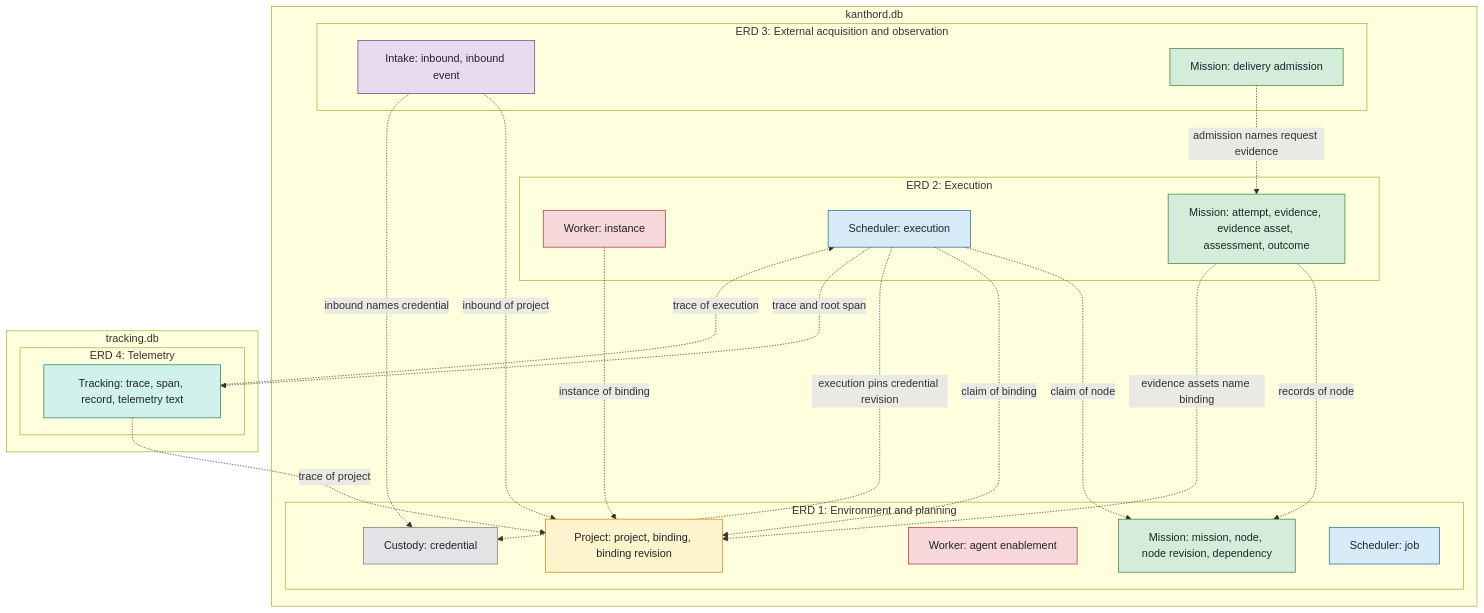
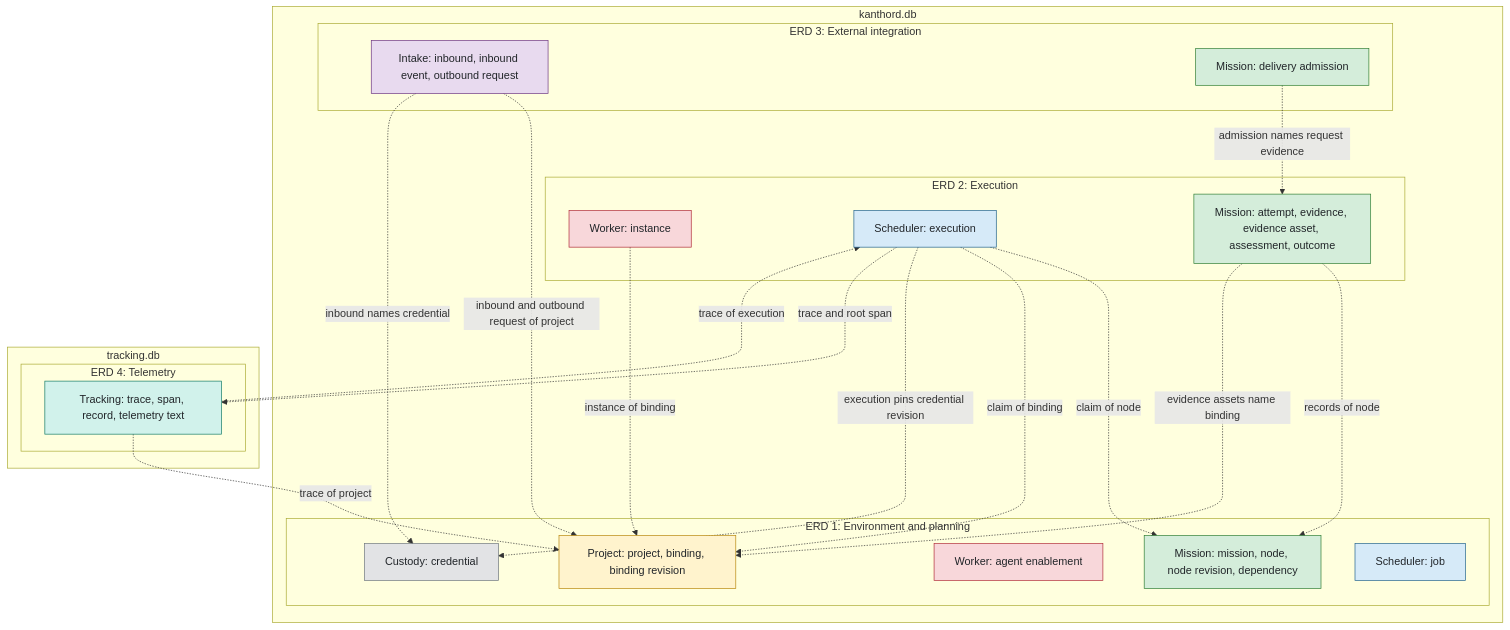
Before and after one commit to kanthorlabs/kanthord: the diagram in docs/reference/erd/README.md, drawn with Mermaid. The commit also changed other lines of this file and 2 other files, not shown here.

Commit message:
docs(erd): add outbound requests to ERD 3 and rename it External integration

````diff
--- a/docs/reference/erd/README.md
+++ b/docs/reference/erd/README.md
@@ -32,57 +32,57 @@
 ```mermaid
 flowchart TB
     subgraph db1["kanthord.db"]
         subgraph v1["ERD 1: Environment and planning"]
             c1["Custody: credential"]
             p1["Project: project, binding, binding revision"]
             w1["Worker: agent enablement"]
             m1["Mission: mission, node, node revision, dependency"]
             s1["Scheduler: job"]
         end
         subgraph v2["ERD 2: Execution"]
             w2["Worker: instance"]
             s2["Scheduler: execution"]
             m2["Mission: attempt, evidence, evidence asset, assessment, outcome"]
         end
-        subgraph v3["ERD 3: External acquisition and observation"]
-            i3["Intake: inbound, inbound event"]
+        subgraph v3["ERD 3: External integration"]
+            i3["Intake: inbound, inbound event, outbound request"]
             m3["Mission: delivery admission"]
         end
     end
     subgraph db2["tracking.db"]
         subgraph v4["ERD 4: Telemetry"]
             t4["Tracking: trace, span, record, telemetry text"]
         end
     end
 
     w2 -.->|instance of binding| p1
     s2 -.->|claim of node| m1
     s2 -.->|claim of binding| p1
     s2 -.->|execution pins credential revision| c1
     m2 -.->|records of node| m1
     m2 -.->|evidence assets name binding| p1
 
-    i3 -.->|inbound of project| p1
+    i3 -.->|inbound and outbound request of project| p1
     i3 -.->|inbound names credential| c1
     m3 -.->|admission names request evidence| m2
 
     t4 -.->|trace of execution| s2
     s2 -.->|trace and root span| t4
     t4 -.->|trace of project| p1
 
     classDef custody fill:#e2e3e5,stroke:#6c757d,color:#212529
     classDef project fill:#fff3cd,stroke:#b8860b,color:#212529
     classDef worker fill:#f8d7da,stroke:#b02a37,color:#212529
     classDef mission fill:#d4edda,stroke:#2e7d32,color:#212529
     classDef scheduler fill:#d6eaf8,stroke:#1f618d,color:#212529
     classDef intake fill:#e8daef,stroke:#6c3483,color:#212529
     classDef tracking fill:#d1f2eb,stroke:#117a65,color:#212529
 
     class c1 custody
     class p1 project
     class w1,w2 worker
     class m1,m2,m3 mission
     class s1,s2 scheduler
     class i3 intake
     class t4 tracking
 ```
````
